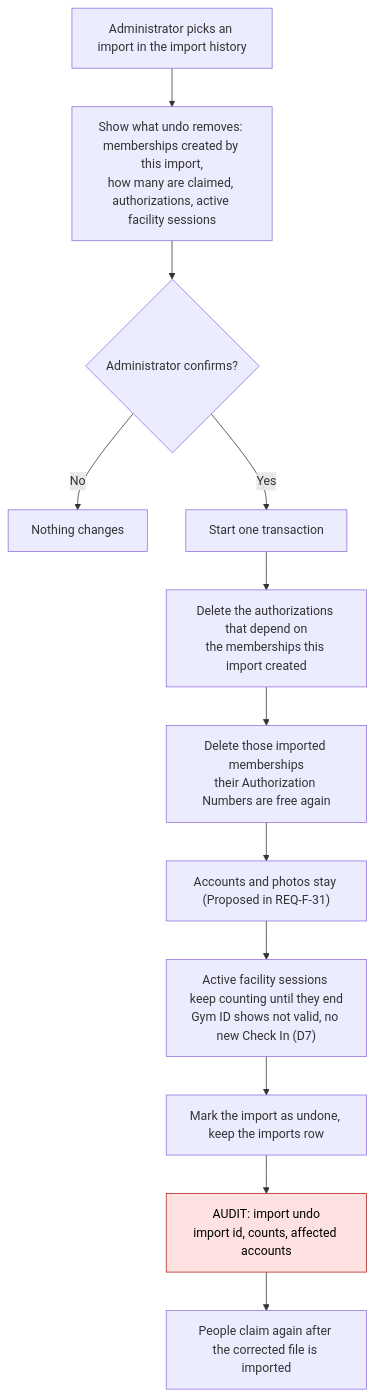
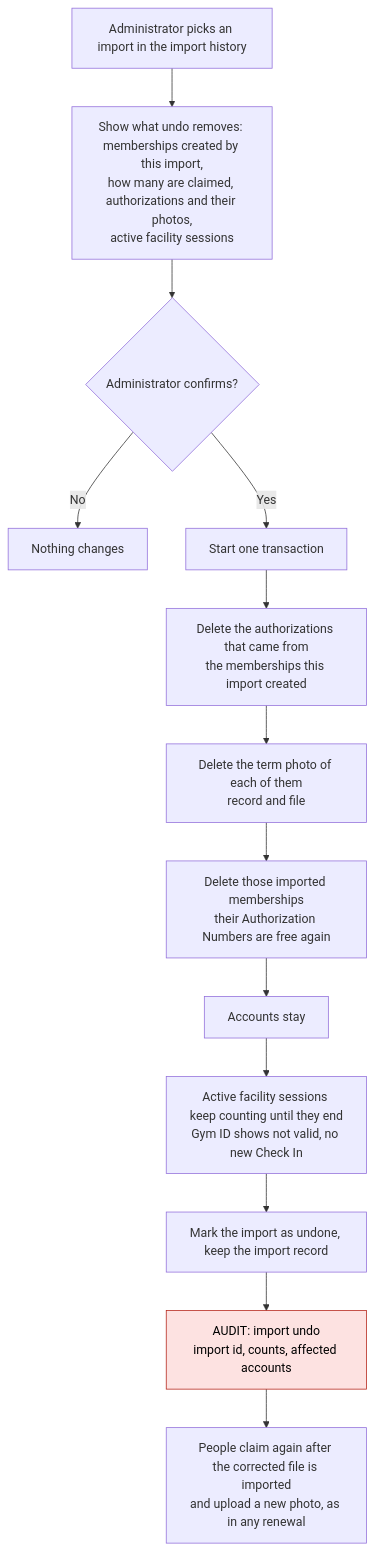
Before and after one commit to Th3-Minorities/natatorio-gym-app: the seventh of 17 diagrams in docs/design/admin-flows.md, drawn with Mermaid. The commit also changed other lines of this file, not shown here.

Commit message:
Add the recovery code flow and the PIN version to the admin flows

````diff
--- a/docs/design/admin-flows.md
+++ b/docs/design/admin-flows.md
@@ -165,17 +217,18 @@
 ```mermaid
 flowchart TD
-  D1["Administrator picks an import in the import history"] --> D2["Show what undo removes: memberships created by this import,<br/>how many are claimed, authorizations, active facility sessions"]
-  D2 --> D3{"Administrator confirms?"}
-  D3 -->|"No"| D4["Nothing changes"]
-  D3 -->|"Yes"| D5["Start one transaction"]
-  D5 --> D6["Delete the authorizations that depend on<br/>the memberships this import created"]
-  D6 --> D7["Delete those imported memberships<br/>their Authorization Numbers are free again"]
-  D7 --> D8["Accounts and photos stay (Proposed in REQ-F-31)"]
-  D8 --> D9["Active facility sessions keep counting until they end<br/>Gym ID shows not valid, no new Check In (D7)"]
-  D9 --> D10["Mark the import as undone, keep the imports row"]
-  D10 --> D11["AUDIT: import undo<br/>import id, counts, affected accounts"]
-  D11 --> D12["People claim again after the corrected file is imported"]
+  Z1["Administrator picks an import in the import history"] --> Z2["Show what undo removes: memberships created by this import,<br/>how many are claimed, authorizations and their photos,<br/>active facility sessions"]
+  Z2 --> Z3{"Administrator confirms?"}
+  Z3 -->|"No"| Z4["Nothing changes"]
+  Z3 -->|"Yes"| Z5["Start one transaction"]
+  Z5 --> Z6["Delete the authorizations that came from<br/>the memberships this import created"]
+  Z6 --> Z7["Delete the term photo of each of them<br/>record and file"]
+  Z7 --> Z8["Delete those imported memberships<br/>their Authorization Numbers are free again"]
+  Z8 --> Z9["Accounts stay"]
+  Z9 --> Z10["Active facility sessions keep counting until they end<br/>Gym ID shows not valid, no new Check In"]
+  Z10 --> Z11["Mark the import as undone, keep the import record"]
+  Z11 --> Z12["AUDIT: import undo<br/>import id, counts, affected accounts"]
+  Z12 --> Z13["People claim again after the corrected file is imported<br/>and upload a new photo, as in any renewal"]
 
   classDef audit fill:#fde2e1,stroke:#b42318,color:#000
-  class D11 audit
+  class Z12 audit
 ```
````
